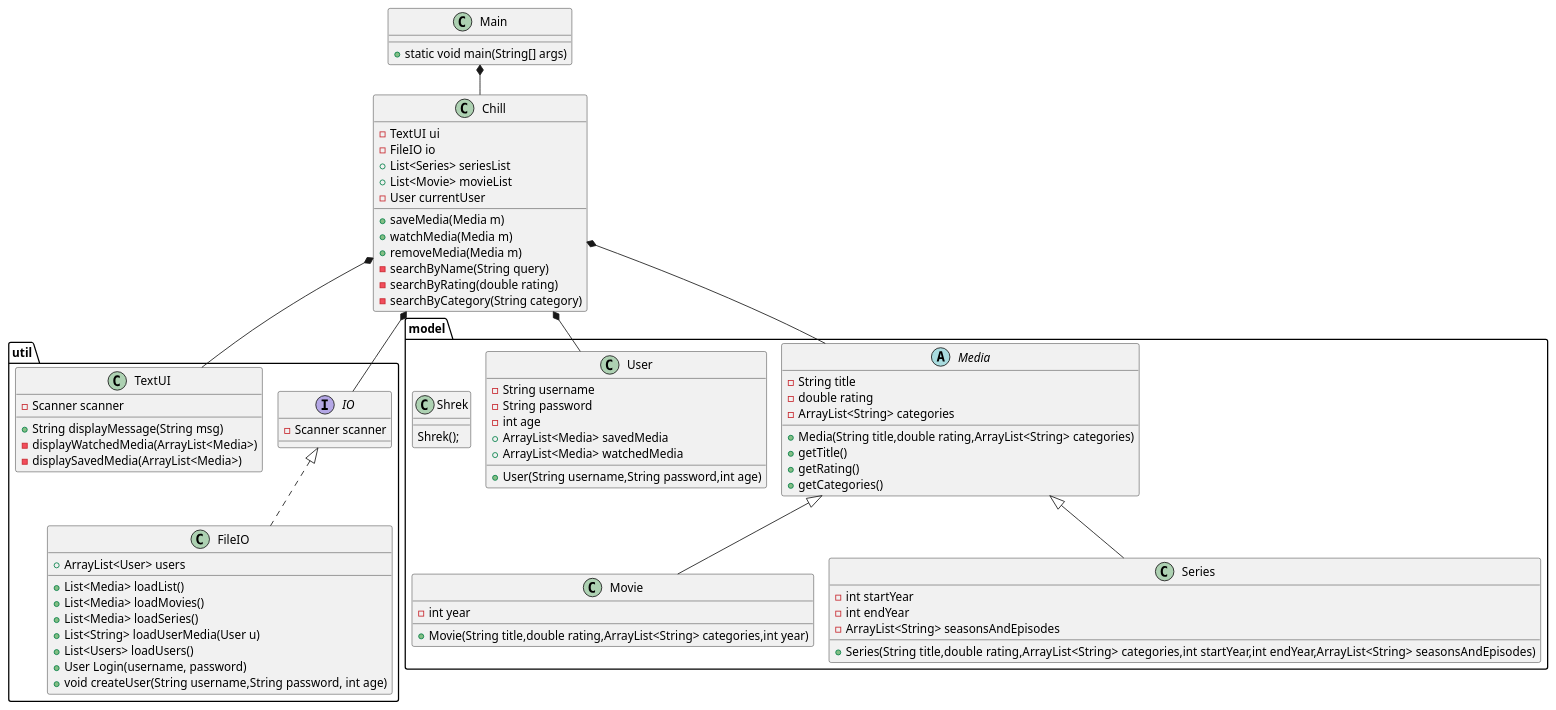
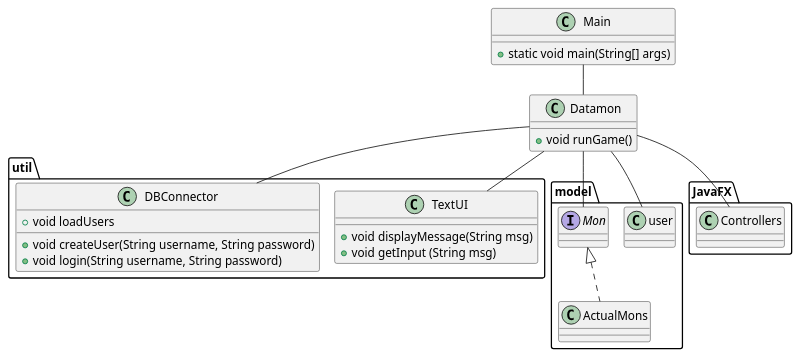
One commit to Magi2106/ICE changed the diagram in Doc/Class.puml. Above: the diagram before and after it, drawn with PlantUML. The commit also changed 1 other file, not shown here.

```diff
--- a/Doc/Class.puml
+++ b/Doc/Class.puml
@@ -1,91 +1,54 @@
 @startuml
 'https://plantuml.com/class-diagram
 !pragma layout smetana
 
 class Main{
-    +static void main(String[] args)
+    + static void main(String[] args)
 }
-
-class Chill{
-    -TextUI ui
-    -FileIO io
-    +List<Series> seriesList
-    +List<Movie> movieList
-    -User currentUser
-    +saveMedia(Media m)
-    +watchMedia(Media m)
-    +removeMedia(Media m)
-    -searchByName(String query)
-    -searchByRating(double rating)
-    -searchByCategory(String category)
+class Datamon{
+    + void runGame()
 }
 
 package "util"{
-    Interface IO{
-        -Scanner scanner
+    class TextUI{
+        + void displayMessage(String msg)
+        + void getInput (String msg)
     }
-
-    class FileIO implements IO{
-        +ArrayList<User> users
-        +List<Media> loadList()
-        +List<Media> loadMovies()
-        +List<Media> loadSeries()
-        +List<String> loadUserMedia(User u)
-        +List<Users> loadUsers()
-        +User Login(username, password)
-        +void createUser(String username,String password, int age)
+    class DBConnector{
+        + void loadUsers
+        + void createUser(String username, String password)
+        + void login(String username, String password)
 
     }
+}
+package "model" {
+    class user{
 
-    class TextUI{
-        -Scanner scanner
-        +String displayMessage(String msg)
-        -displayWatchedMedia(ArrayList<Media>)
-        -displaySavedMedia(ArrayList<Media>)
+    }
+    interface Mon{
+
+    }
+    class ActualMons implements Mon{
+
     }
 }
 
-package "model"{
-    abstract class Media{
-        -String title
-        -double rating
-        -ArrayList<String> categories
-        +Media(String title,double rating,ArrayList<String> categories)
-        +getTitle()
-        +getRating()
-        +getCategories()
-    }
-
-    class Movie extends Media{
-        -int year
-        +Movie(String title,double rating,ArrayList<String> categories,int year)
-    }
-
-    class Series extends Media{
-        -int startYear
-        -int endYear
-        -ArrayList<String> seasonsAndEpisodes
-        +Series(String title,double rating,ArrayList<String> categories,int startYear,int endYear,ArrayList<String> seasonsAndEpisodes)
-    }
-
-    class User{
-        -String username
-        -String password
-        -int age
-        +ArrayList<Media> savedMedia
-        +ArrayList<Media> watchedMedia
-        +User(String username,String password,int age)
-    }
-    class Shrek {
-    Shrek();
-    }
+package "JavaFX"{
+    class Controllers
 }
 
-Main *-- Chill
-Chill *-- TextUI
-Chill *-- User
-Chill *-- Media
-Chill *-- IO
+Main -- Datamon
+Datamon-- Mon
+Datamon -- TextUI
+Datamon-- DBConnector
+Datamon -- user
+Datamon-- Controllers
+
+
+
+
+
+
 
 
 @enduml
```
